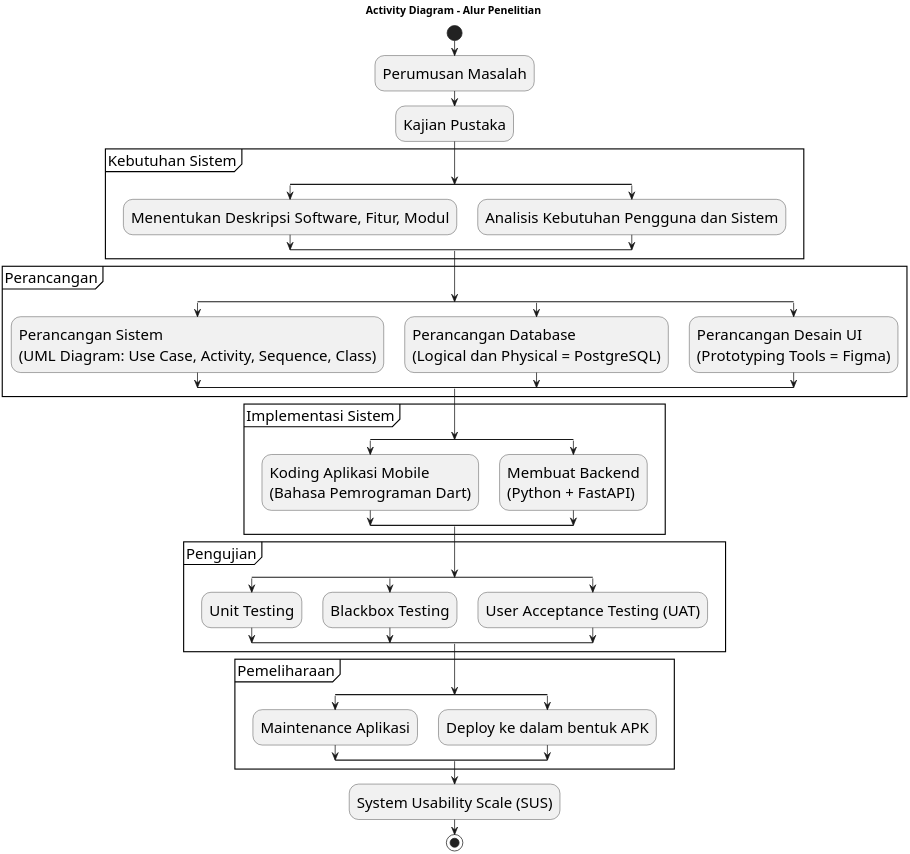
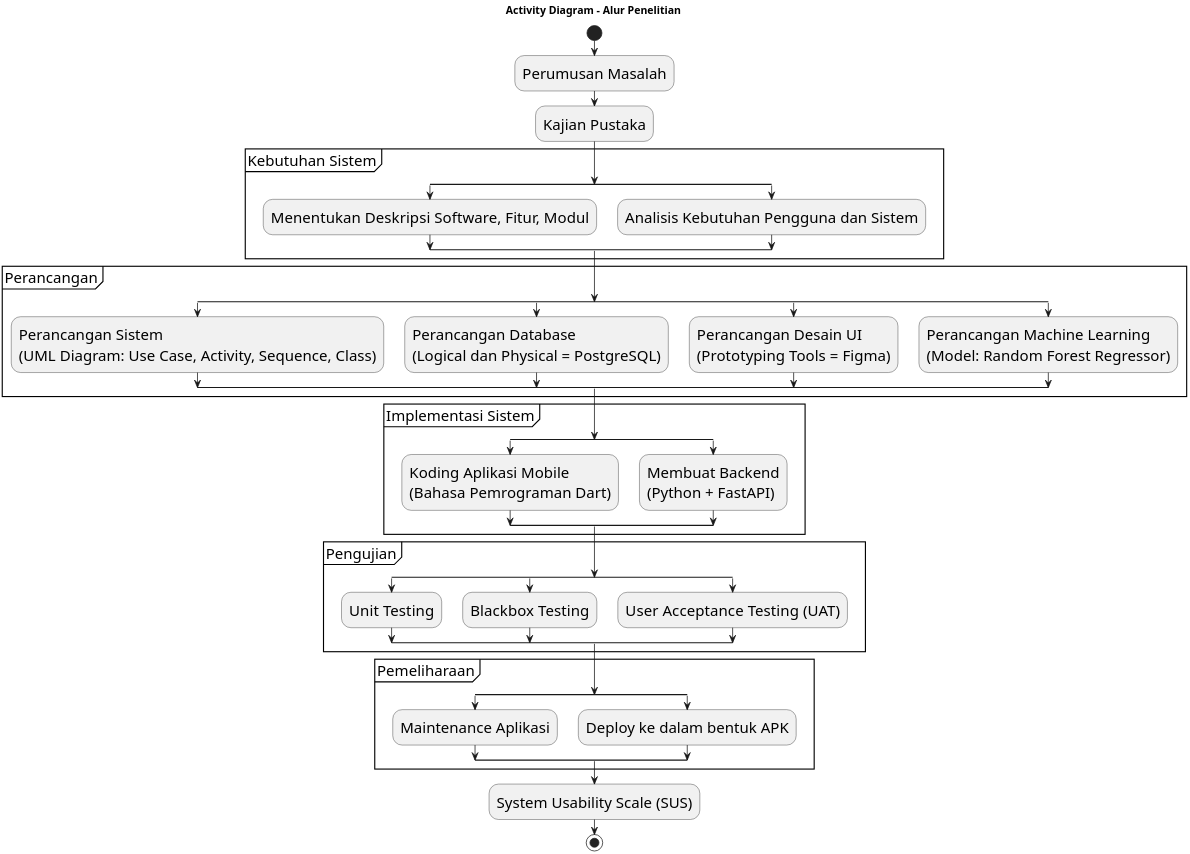
One commit to DarmawanWisnu/flutter-cea-system changed the diagram in docs/diagrams/activity/alur_penelitian.puml. Above: the diagram before and after it, drawn with PlantUML. The commit also changed 11 other files, not shown here.

```diff
--- a/docs/diagrams/activity/alur_penelitian.puml
+++ b/docs/diagrams/activity/alur_penelitian.puml
@@ -1,58 +1,60 @@
 @startuml
 scale 3
 skinparam monochrome true
 skinparam defaultFontSize 20
 title Activity Diagram - Alur Penelitian
 
 start
 :Perumusan Masalah;
 :Kajian Pustaka;
 
 partition "Kebutuhan Sistem" {
   split
     :Menentukan Deskripsi Software, Fitur, Modul;
   split again
     :Analisis Kebutuhan Pengguna dan Sistem;
   end split
 }
 
 partition "Perancangan" {
   split
     :Perancangan Sistem\n(UML Diagram: Use Case, Activity, Sequence, Class);
   split again
     :Perancangan Database\n(Logical dan Physical = PostgreSQL);
   split again
     :Perancangan Desain UI\n(Prototyping Tools = Figma);
+  split again
+    :Perancangan Machine Learning\n(Model: Random Forest Regressor);
   end split
 }
 
 partition "Implementasi Sistem" {
   split
     :Koding Aplikasi Mobile\n(Bahasa Pemrograman Dart);
   split again
     :Membuat Backend\n(Python + FastAPI);
   end split
 }
 
 partition "Pengujian" {
   split
     :Unit Testing;
   split again
     :Blackbox Testing;
   split again
     :User Acceptance Testing (UAT);
   end split
 }
 
 partition "Pemeliharaan" {
   split
     :Maintenance Aplikasi;
   split again
     :Deploy ke dalam bentuk APK;
   end split
 }
 
 :System Usability Scale (SUS);
 
 stop
 @enduml
```
